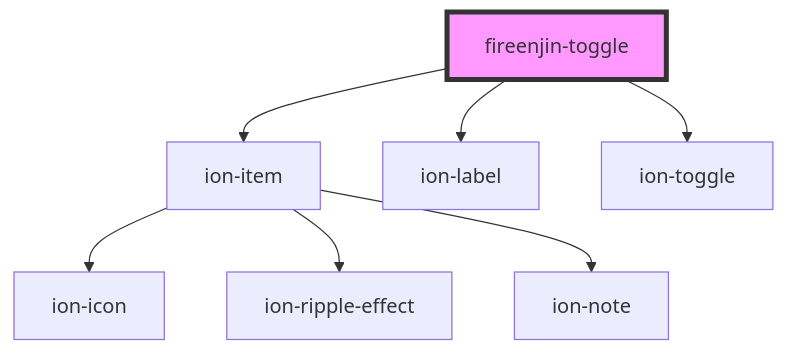
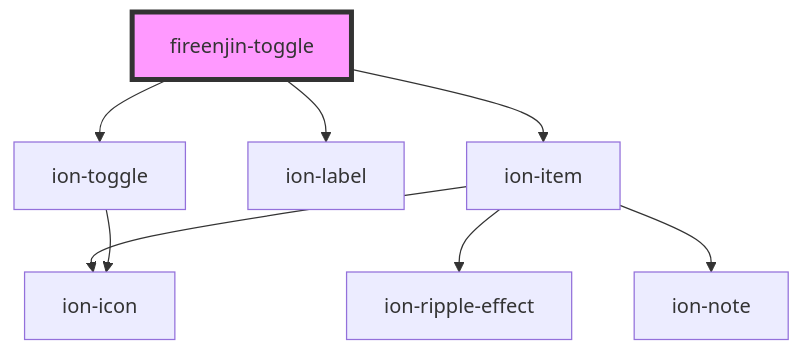
The diagram in src/components/toggle/readme.md (FireEnjin/Components), drawn with Mermaid before and after one commit. The commit also changed 4 other files, not shown here.

````diff
--- a/src/components/toggle/readme.md
+++ b/src/components/toggle/readme.md
@@ -30,10 +30,11 @@
 ```mermaid
 graph TD;
   fireenjin-toggle --> ion-item
   fireenjin-toggle --> ion-label
   fireenjin-toggle --> ion-toggle
   ion-item --> ion-icon
   ion-item --> ion-ripple-effect
   ion-item --> ion-note
+  ion-toggle --> ion-icon
   style fireenjin-toggle fill:#f9f,stroke:#333,stroke-width:4px
 ```
````
